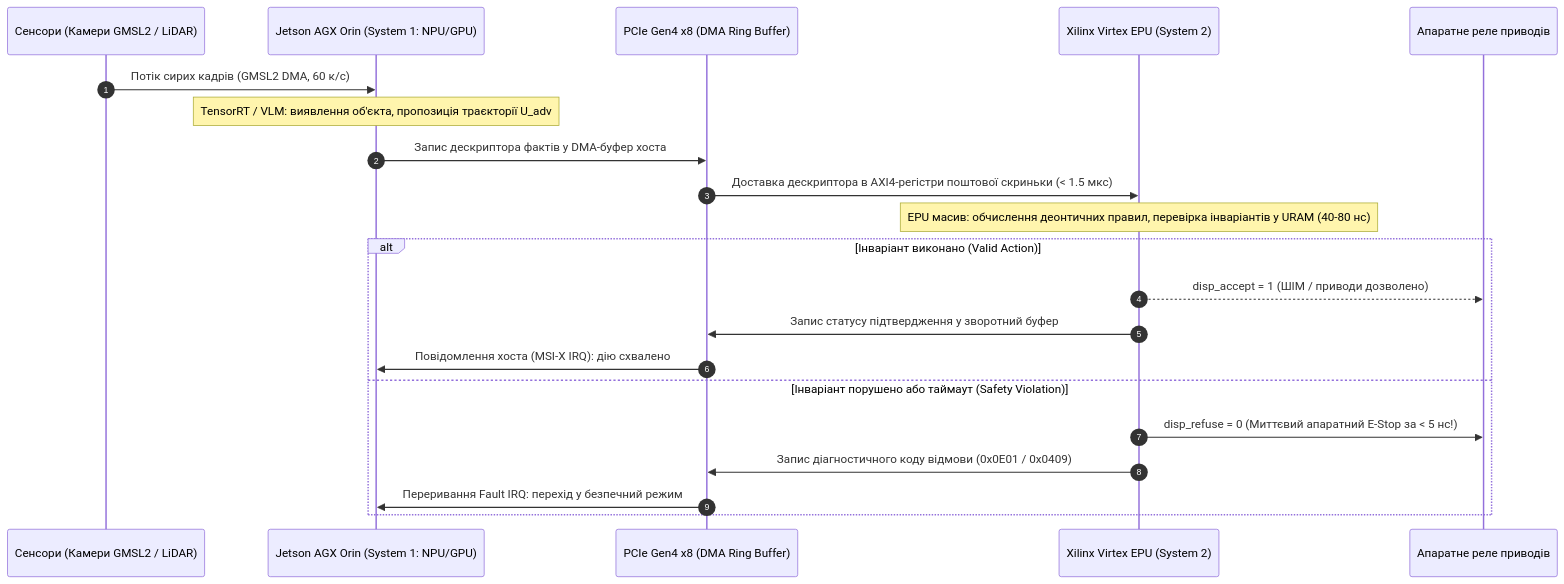
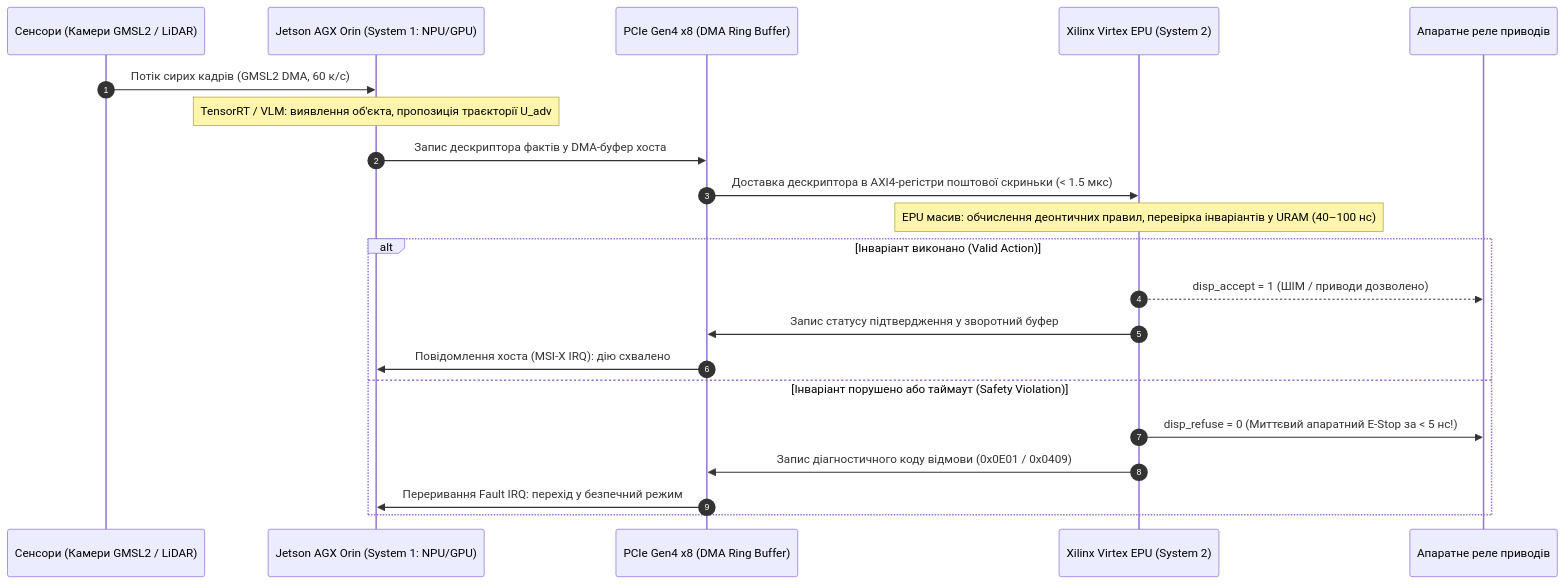
Before and after one commit to nick-fedchik/articles: the fourth of 10 diagrams in ExpertSystem/appendix-b-robotics-and-cyber-physical-systems.md, drawn with Mermaid. The commit also changed other lines of this file and 2 other files, not shown here.

````diff
--- a/ExpertSystem/appendix-b-robotics-and-cyber-physical-systems.md
+++ b/ExpertSystem/appendix-b-robotics-and-cyber-physical-systems.md
@@ -298,24 +298,26 @@
 ```mermaid
 sequenceDiagram
+    accTitle: Протокол взаємодії Jetson AGX Orin та Xilinx Virtex UltraScale+ через PCIe
+    accDescr: Послідовність передачі дескриптора дій від NPU до EPU з апаратним відсіканням приводів за 5 нс.
     autonumber
     participant Sensor as Сенсори (Камери GMSL2 / LiDAR)
     participant Orin as Jetson AGX Orin (System 1: NPU/GPU)
     participant PCIe as PCIe Gen4 x8 (DMA Ring Buffer)
     participant Virtex as Xilinx Virtex EPU (System 2)
     participant Actuator as Апаратне реле приводів
 
     Sensor->>Orin: Потік сирих кадрів (GMSL2 DMA, 60 к/с)
     Note over Orin: TensorRT / VLM: виявлення об'єкта, пропозиція траєкторії U_adv
     Orin->>PCIe: Запис дескриптора фактів у DMA-буфер хоста
     PCIe->>Virtex: Доставка дескриптора в AXI4-регістри поштової скриньки (< 1.5 мкс)
-    Note over Virtex: EPU масив: обчислення деонтичних правил, перевірка інваріантів у URAM (40-80 нс)
+    Note over Virtex: EPU масив: обчислення деонтичних правил, перевірка інваріантів у URAM (40–100 нс)
     alt Інваріант виконано (Valid Action)
         Virtex-->>Actuator: disp_accept = 1 (ШІМ / приводи дозволено)
         Virtex->>PCIe: Запис статусу підтвердження у зворотний буфер
         PCIe->>Orin: Повідомлення хоста (MSI-X IRQ): дію схвалено
     else Інваріант порушено або таймаут (Safety Violation)
         Virtex->>Actuator: disp_refuse = 0 (Миттєвий апаратний E-Stop за < 5 нс!)
         Virtex->>PCIe: Запис діагностичного коду відмови (0x0E01 / 0x0409)
         PCIe->>Orin: Переривання Fault IRQ: перехід у безпечний режим
     end
 ```
````
